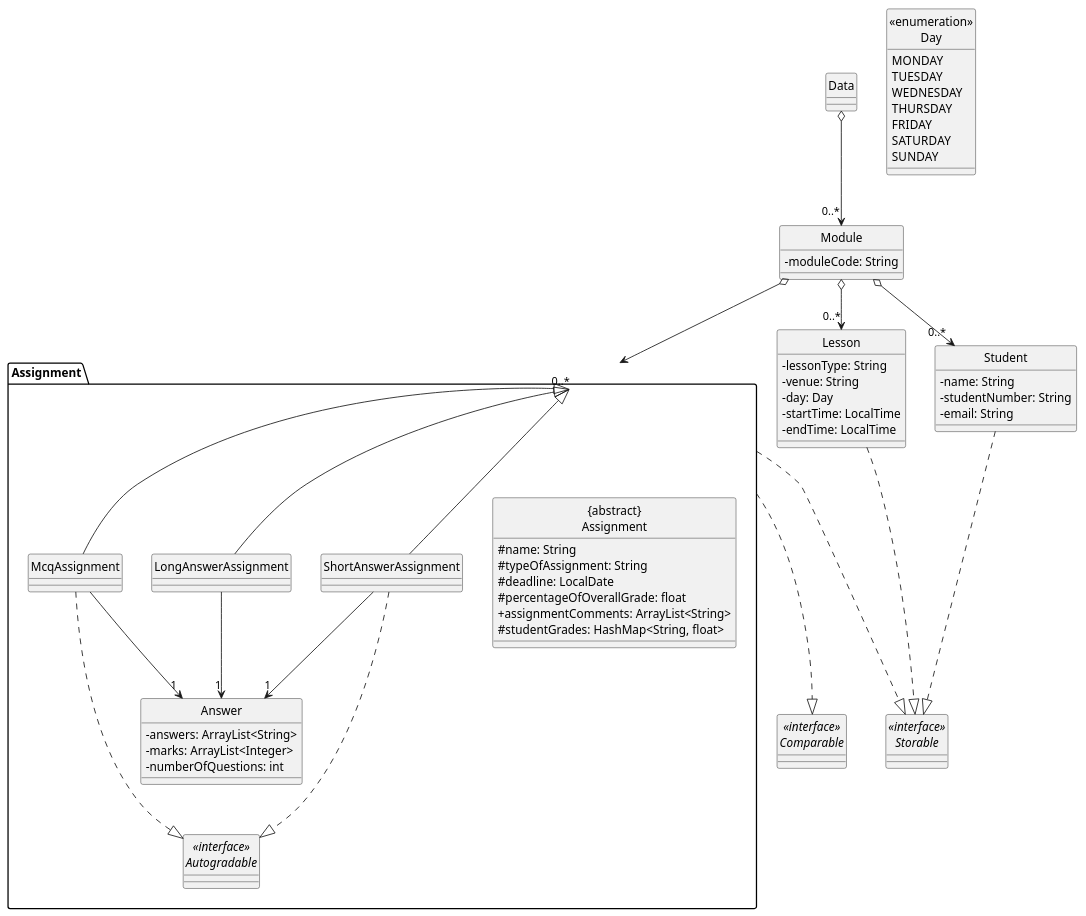
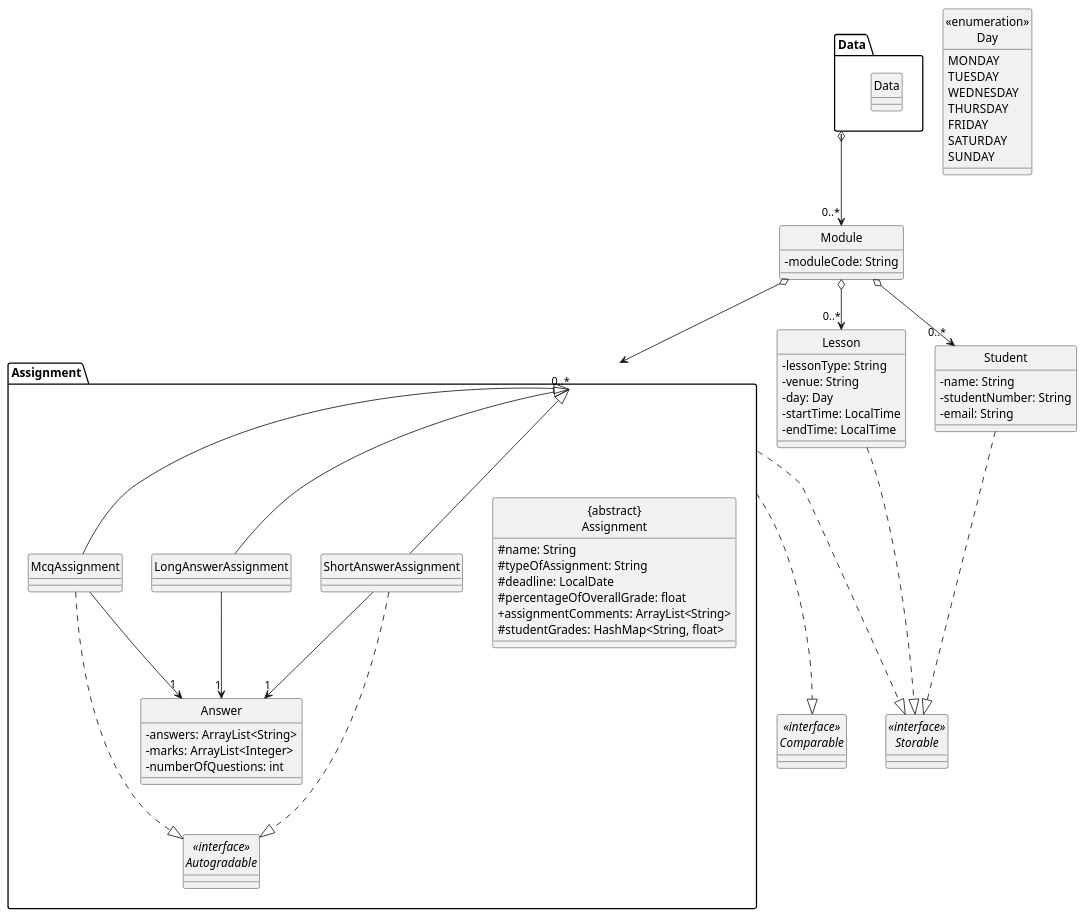
One commit to vaiish371/tp changed the diagram in docs/uml/Data.puml. Above: the diagram before and after it, drawn with PlantUML.

Commit message:
DG Data diagram: Add Data class to Data package

```diff
--- a/docs/uml/Data.puml
+++ b/docs/uml/Data.puml
@@ -1,98 +1,99 @@
 @startuml
 hide circle
 skinparam classAttributeIconSize 0
 
 interface "<<interface>>\nStorable" as Storable {
 }
 
 interface "<<interface>>\nComparable" as Comparable {
 }
 
-class Data {
+package Data {
+    class Data {
+    }
 }
-
 class Module {
     -moduleCode: String
 }
 
 package Assignment {
     interface "<<interface>>\nAutogradable" as Autogradable {
     }
 
     class "{abstract}\nAssignment" as Assignment {
         #name: String
         #typeOfAssignment: String
         #deadline: LocalDate
         #percentageOfOverallGrade: float
         +assignmentComments: ArrayList<String>
         #studentGrades: HashMap<String, float>
     }
 
     class Answer {
         -answers: ArrayList<String>
         -marks: ArrayList<Integer>
         -numberOfQuestions: int
     }
 
     class LongAnswerAssignment {
     }
 
     class McqAssignment {
     }
 
     class ShortAnswerAssignment {
     }
 }
 
 
 class Lesson {
     -lessonType: String
     -venue: String
     -day: Day
     -startTime: LocalTime
     -endTime: LocalTime
 }
 
 class Student {
     -name: String
     -studentNumber: String
     -email: String
 }
 
 enum "<<enumeration>>\nDay" {
     MONDAY
     TUESDAY
     WEDNESDAY
     THURSDAY
     FRIDAY
     SATURDAY
     SUNDAY
 }
 
 Assignment ...|> Storable
 Lesson ...|> Storable
 Student ...|> Storable
 Assignment ...|> Comparable
 
 Data o--> "0..*" Module
 Module o--> "0..*" Assignment
 Assignment <|-- LongAnswerAssignment
 Assignment <|-- McqAssignment
 Assignment <|-- ShortAnswerAssignment
 LongAnswerAssignment --> "1" Answer
 McqAssignment --> "1" Answer
 ShortAnswerAssignment --> "1" Answer
 McqAssignment ...|> Autogradable
 ShortAnswerAssignment ...|> Autogradable
 
 Module o--> "0..*" Lesson
 Module o--> "0..*" Student
 
 
 
 
 
 
 
 
 @enduml
```
